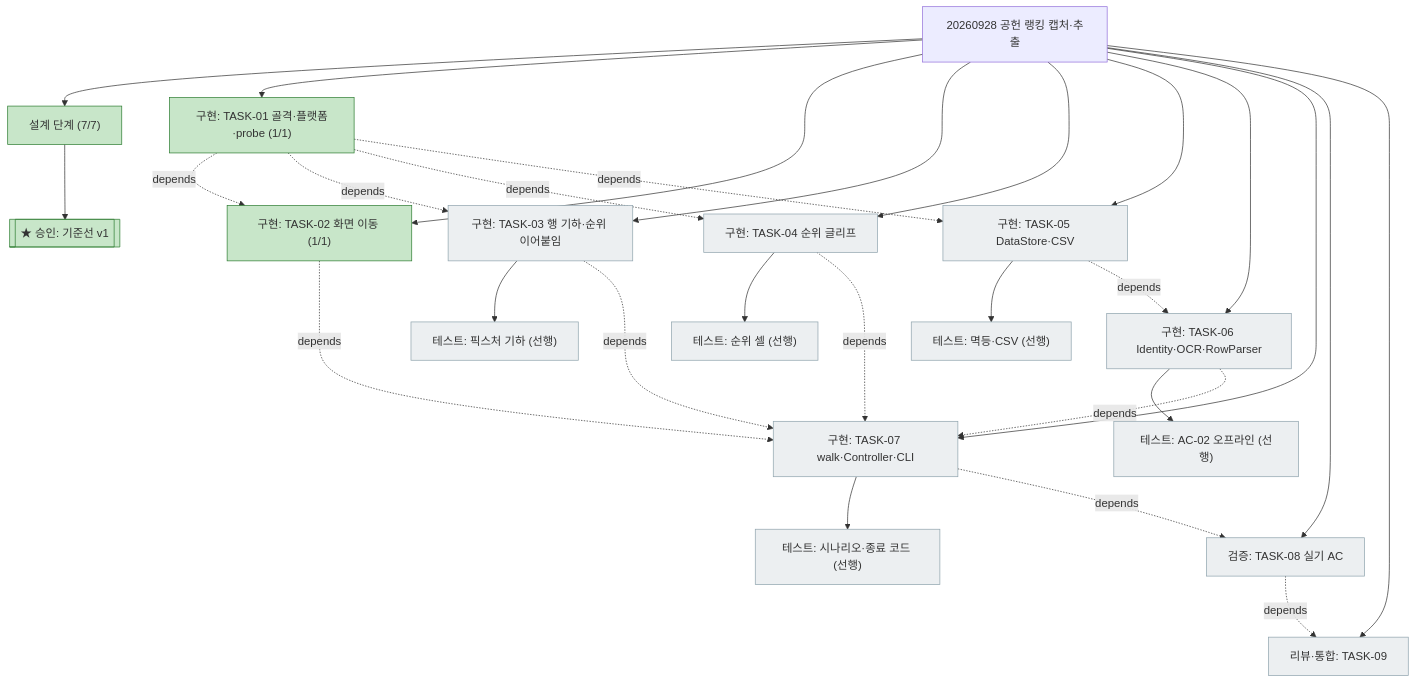
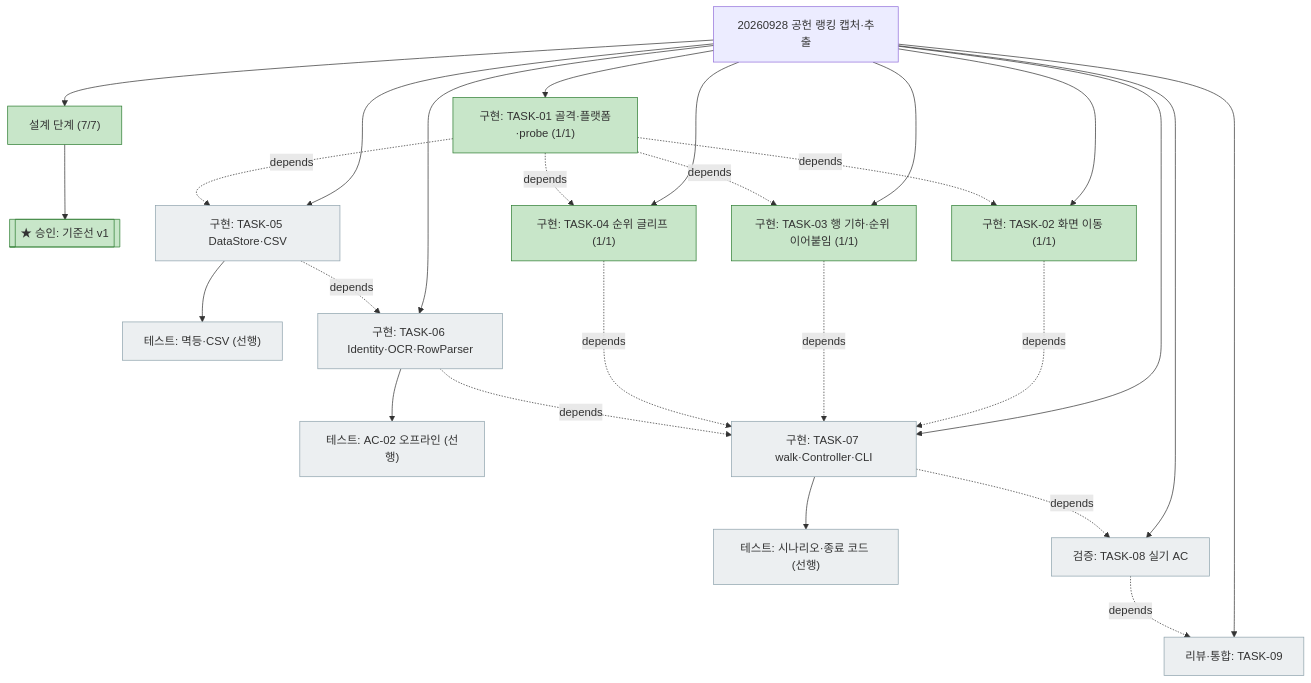
Before and after one commit to bluesky5008/sgz_rankscan: the diagram in docs/plan.md, drawn with Mermaid. The commit also changed other lines of this file and 28 other files, not shown here.

First line of the commit message:
행 기하·순위 글리프 판독 구현 (TASK-03·04)

````diff
--- a/docs/plan.md
+++ b/docs/plan.md
@@ -65,34 +63,32 @@
 ```mermaid
 flowchart TD
     ROOT["20260928 공헌 랭킹 캡처·추출"] --> DES["설계 단계 (7/7)"]:::done
     DES --> APR[["★ 승인: 기준선 v1"]]:::done
     ROOT --> T1["구현: TASK-01 골격·플랫폼·probe (1/1)"]:::done
     ROOT --> T2["구현: TASK-02 화면 이동 (1/1)"]:::done
-    ROOT --> T3["구현: TASK-03 행 기하·순위 이어붙임"]:::todo
-    T3 --> T3T["테스트: 픽스처 기하 (선행)"]:::todo
-    ROOT --> T4["구현: TASK-04 순위 글리프"]:::todo
-    T4 --> T4T["테스트: 순위 셀 (선행)"]:::todo
+    ROOT --> T3["구현: TASK-03 행 기하·순위 이어붙임 (1/1)"]:::done
+    ROOT --> T4["구현: TASK-04 순위 글리프 (1/1)"]:::done
     ROOT --> T5["구현: TASK-05 DataStore·CSV"]:::todo
     T5 --> T5T["테스트: 멱등·CSV (선행)"]:::todo
     ROOT --> T6["구현: TASK-06 Identity·OCR·RowParser"]:::todo
     T6 --> T6T["테스트: AC-02 오프라인 (선행)"]:::todo
     ROOT --> T7["구현: TASK-07 walk·Controller·CLI"]:::todo
     T7 --> T7T["테스트: 시나리오·종료 코드 (선행)"]:::todo
     ROOT --> T8["검증: TASK-08 실기 AC"]:::todo
     ROOT --> T9["리뷰·통합: TASK-09"]:::todo
     T1 -. depends .-> T2
     T1 -. depends .-> T3
     T1 -. depends .-> T4
     T1 -. depends .-> T5
     T5 -. depends .-> T6
     T2 -. depends .-> T7
     T3 -. depends .-> T7
     T4 -. depends .-> T7
     T6 -. depends .-> T7
     T7 -. depends .-> T8
     T8 -. depends .-> T9
     classDef done fill:#c8e6c9,stroke:#2e7d32
     classDef active fill:#fff9c4,stroke:#f9a825
     classDef todo fill:#eceff1,stroke:#90a4ae
     classDef gate fill:#ffcdd2,stroke:#c62828
 ```
````
